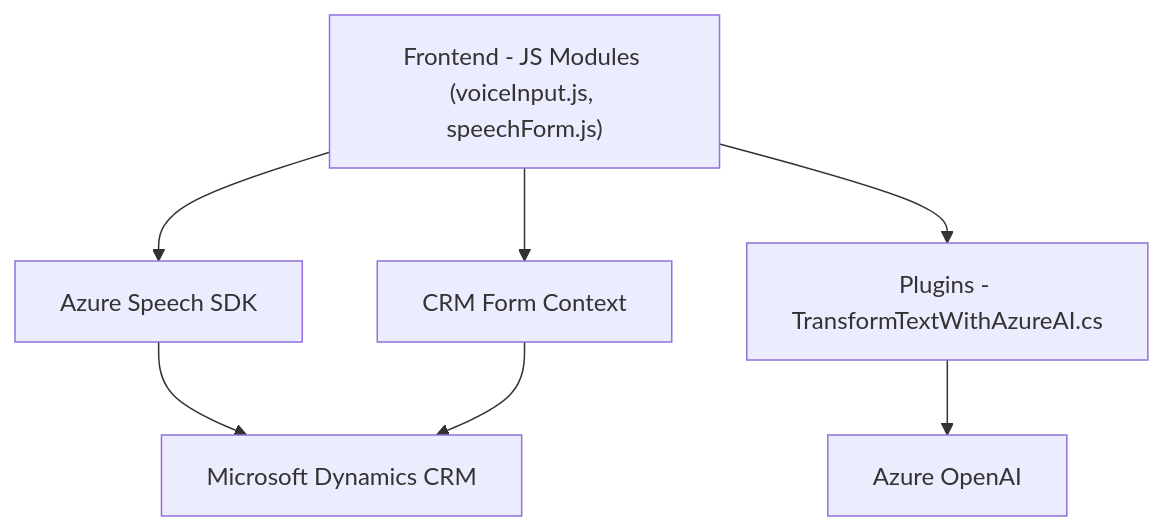
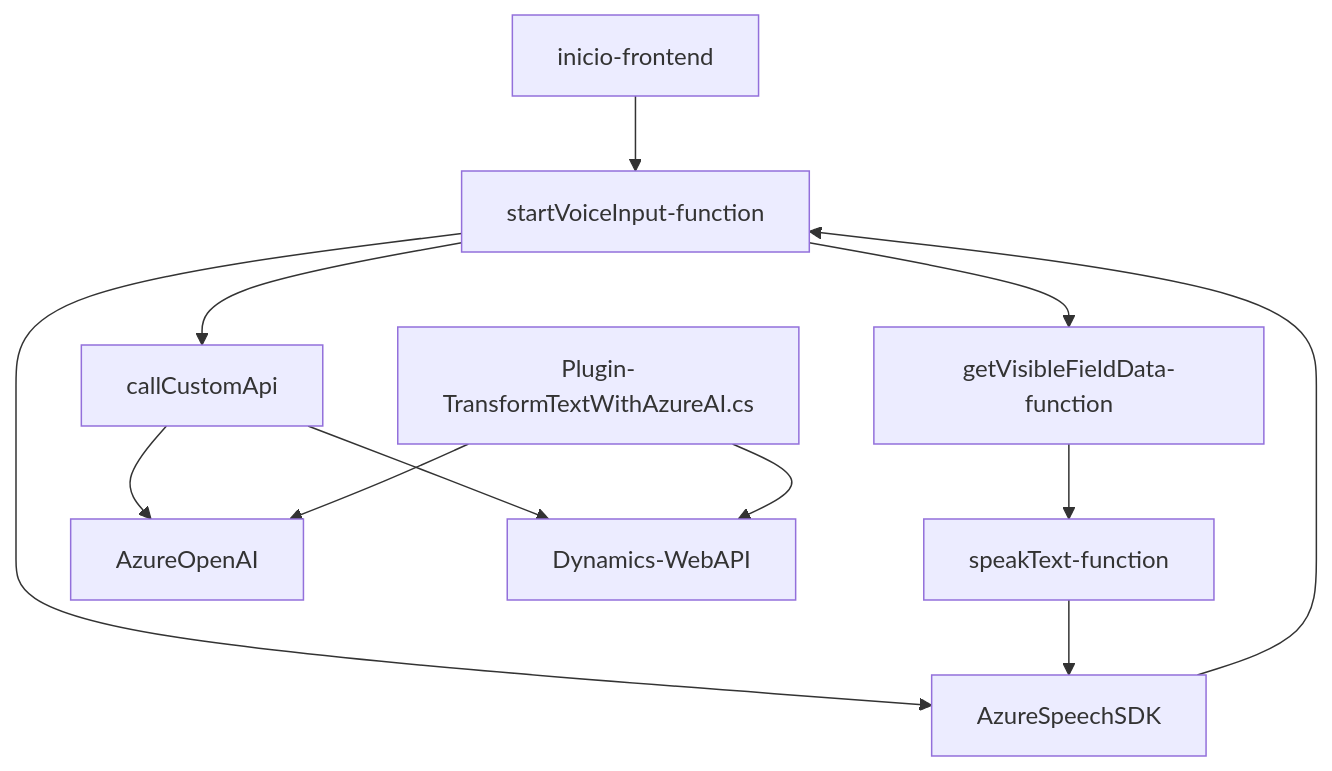
Before and after one commit to blopezdm/NETCORE_BILBAO2025: the diagram in README.md, drawn with Mermaid. The commit also changed other lines of this file, not shown here.

````diff
--- a/README.md
+++ b/README.md
@@ -41,16 +45,24 @@
 ```mermaid
 graph TD
-    A["Frontend - JS Modules (voiceInput.js, speechForm.js)"] 
-    B["Azure Speech SDK"]
-    C["Plugins - TransformTextWithAzureAI.cs"]
-    D["Microsoft Dynamics CRM"]
-    E["Azure OpenAI"]
-    F["CRM Form Context"]
+    A[inicio-frontend]
+    B[startVoiceInput-function]
+    C[getVisibleFieldData-function]
+    D[speakText-function]
+    E[callCustomApi]
+    F[AzureSpeechSDK]
+    G[AzureOpenAI]
+    H[Dynamics-WebAPI]
+    I[Plugin-TransformTextWithAzureAI.cs]
 
-    A --> F
     A --> B
-    B --> D
-    A --> C
-    C --> E
-    F --> D
+    B --> C
+    B --> F
+    C --> D
+    D --> F
+    F --> B
+    B --> E
+    E --> G
+    I --> G
+    E --> H
+    I --> H
 ```
````
